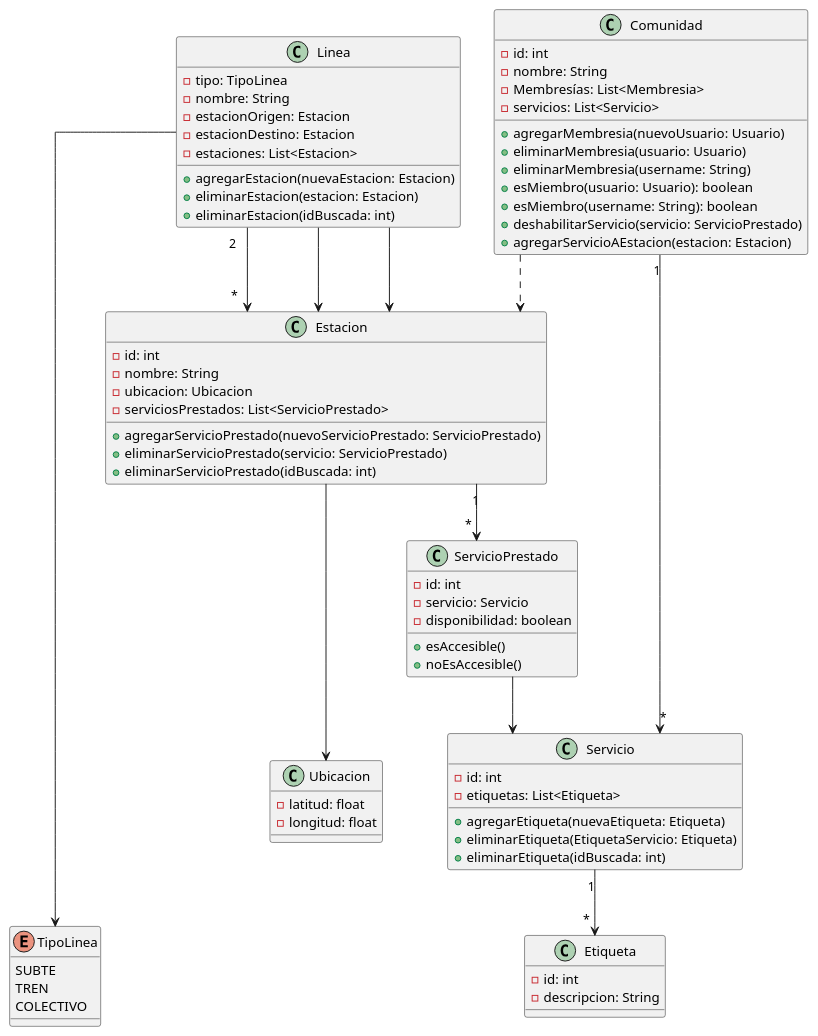
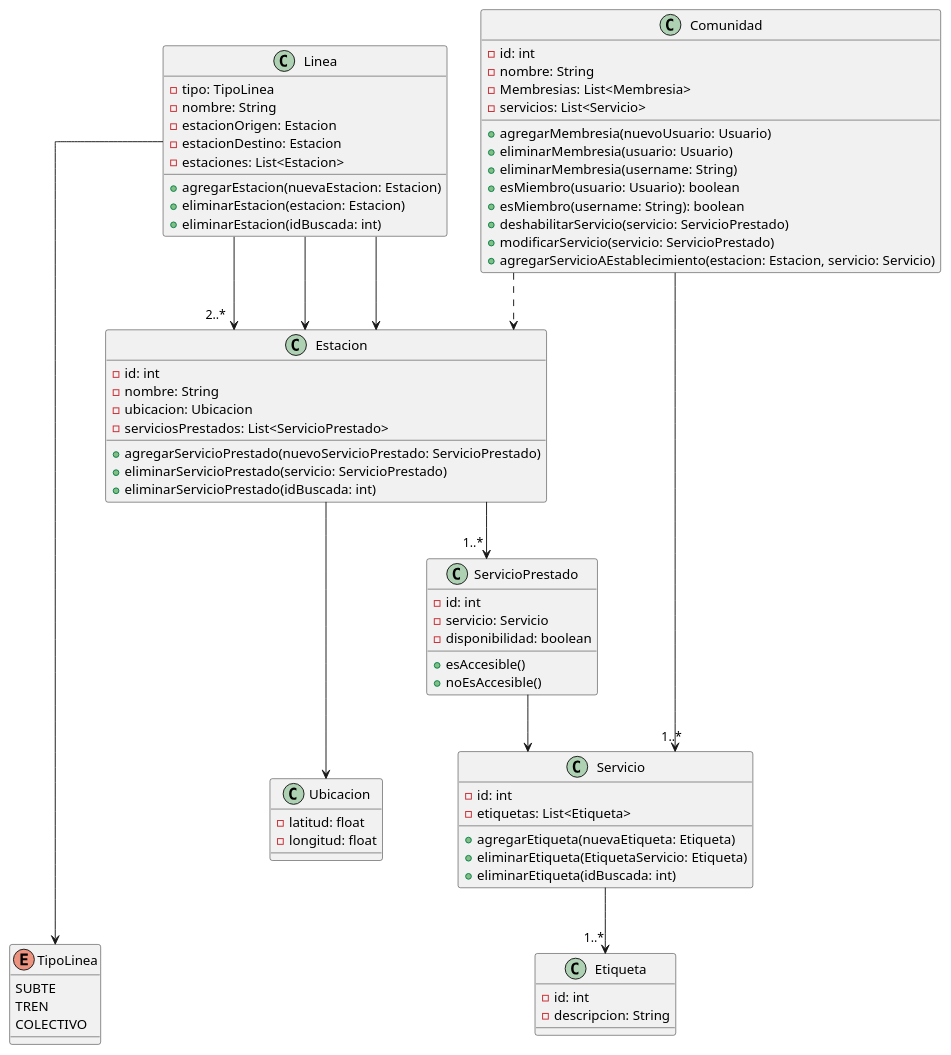
The diagram in dc/servicios.puml (mbertogliati/dds-tpa), drawn with PlantUML before and after one commit. The commit also changed 4 other files, not shown here.

```diff
--- a/dc/servicios.puml
+++ b/dc/servicios.puml
@@ -1,93 +1,95 @@
 @startuml
 skinparam linetype ortho
     class Comunidad{
-        -id: int
-        -nombre: String
-        -Membresías: List<Membresia>
-        -servicios: List<Servicio>
+    -id: int
+    -nombre: String
+    -Membresias: List<Membresia>
+    -servicios: List<Servicio>
 
-        +agregarMembresia(nuevoUsuario: Usuario)
-        +eliminarMembresia(usuario: Usuario)
-        +eliminarMembresia(username: String)
-        +esMiembro(usuario: Usuario): boolean
-        +esMiembro(username: String): boolean
-        +deshabilitarServicio(servicio: ServicioPrestado)
-        +agregarServicioAEstacion(estacion: Estacion)
-    }
+    +agregarMembresia(nuevoUsuario: Usuario)
+    +eliminarMembresia(usuario: Usuario)
+    +eliminarMembresia(username: String)
+    +esMiembro(usuario: Usuario): boolean
+    +esMiembro(username: String): boolean
+    +deshabilitarServicio(servicio: ServicioPrestado)
+    +modificarServicio(servicio: ServicioPrestado)
+    +agregarServicioAEstablecimiento(estacion: Estacion, servicio: Servicio) 
+    /'-------------- TODO cambiar de estacion a Establecimiento ---------------'/    
+}
 
     class Linea{
         - tipo: TipoLinea
         - nombre: String
         - estacionOrigen: Estacion
         - estacionDestino: Estacion
         - estaciones: List<Estacion>
         
         +agregarEstacion(nuevaEstacion: Estacion)
         +eliminarEstacion(estacion: Estacion)
         +eliminarEstacion(idBuscada: int)
     }
 
     enum TipoLinea {
         SUBTE
         TREN
         COLECTIVO
     }
 
     class Estacion{
     - id: int
     - nombre: String
     - ubicacion: Ubicacion
     - serviciosPrestados: List<ServicioPrestado>
 
     + agregarServicioPrestado(nuevoServicioPrestado: ServicioPrestado)
     + eliminarServicioPrestado(servicio: ServicioPrestado)
     + eliminarServicioPrestado(idBuscada: int)
 
     }
     
     class ServicioPrestado{
         -id: int
         -servicio: Servicio
         -disponibilidad: boolean
 
         + esAccesible()
         + noEsAccesible()
     }
 
     class Servicio{
         - id: int
         - etiquetas: List<Etiqueta>
 
         +agregarEtiqueta(nuevaEtiqueta: Etiqueta)
         +eliminarEtiqueta(EtiquetaServicio: Etiqueta)
         +eliminarEtiqueta(idBuscada: int)
 
     }
 
     class Ubicacion{
         -latitud: float
         -longitud: float
     }
     
     class Etiqueta{
         -id: int
         -descripcion: String
     }
     
     /'ASOCIACION'/
 
-    Linea "2  " --> " * " Estacion
+    Linea --> "2..*" Estacion
     Linea --> Estacion 
     Linea --> Estacion
     Linea -----> TipoLinea
     Estacion ---> Ubicacion
 
-    Estacion "1   " --> " * " ServicioPrestado
+    Estacion --> "1..*" ServicioPrestado
     
     ServicioPrestado --> Servicio
-    Servicio "1" --> "    * " Etiqueta
+    Servicio --> "1..*" Etiqueta
 
-    Comunidad "1" --> "*" Servicio
+    Comunidad --> "1..*" Servicio
     Comunidad ..> Estacion
 
 @enduml
```
